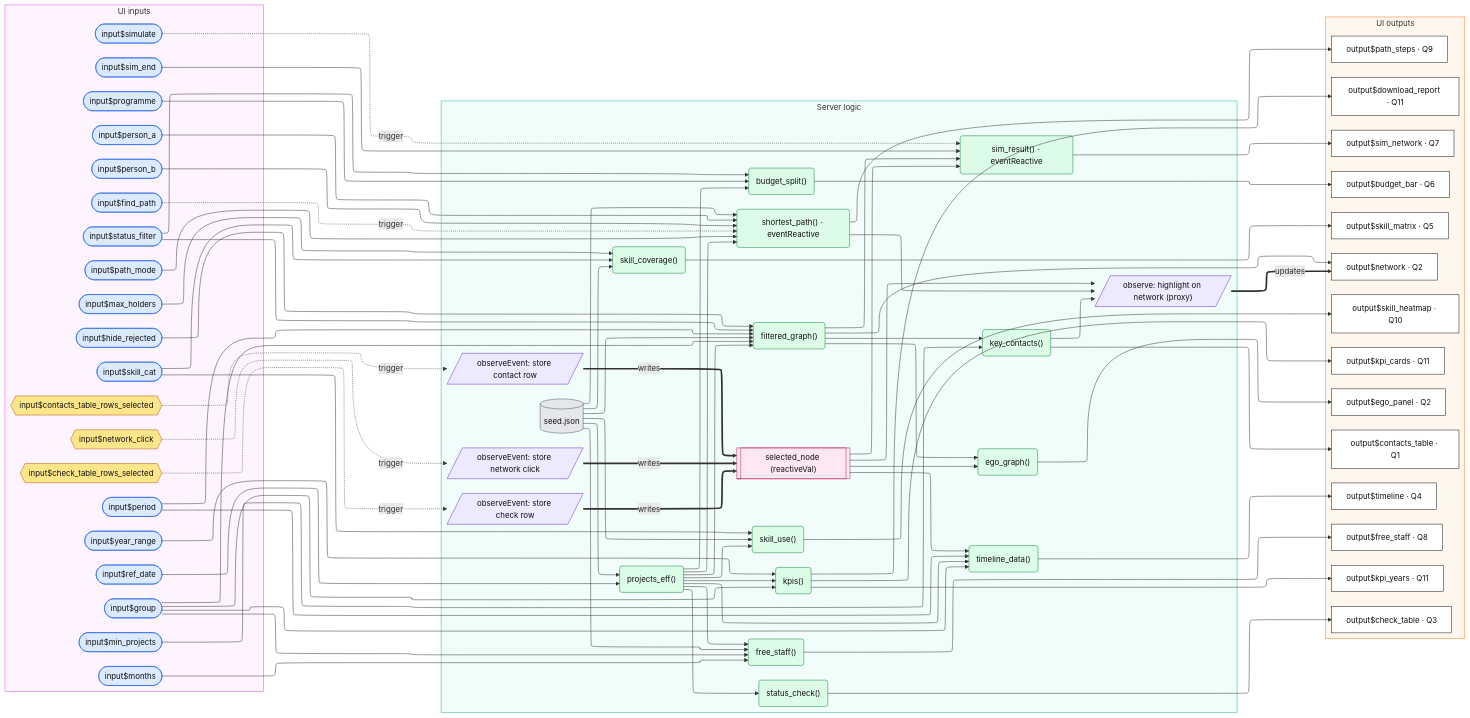
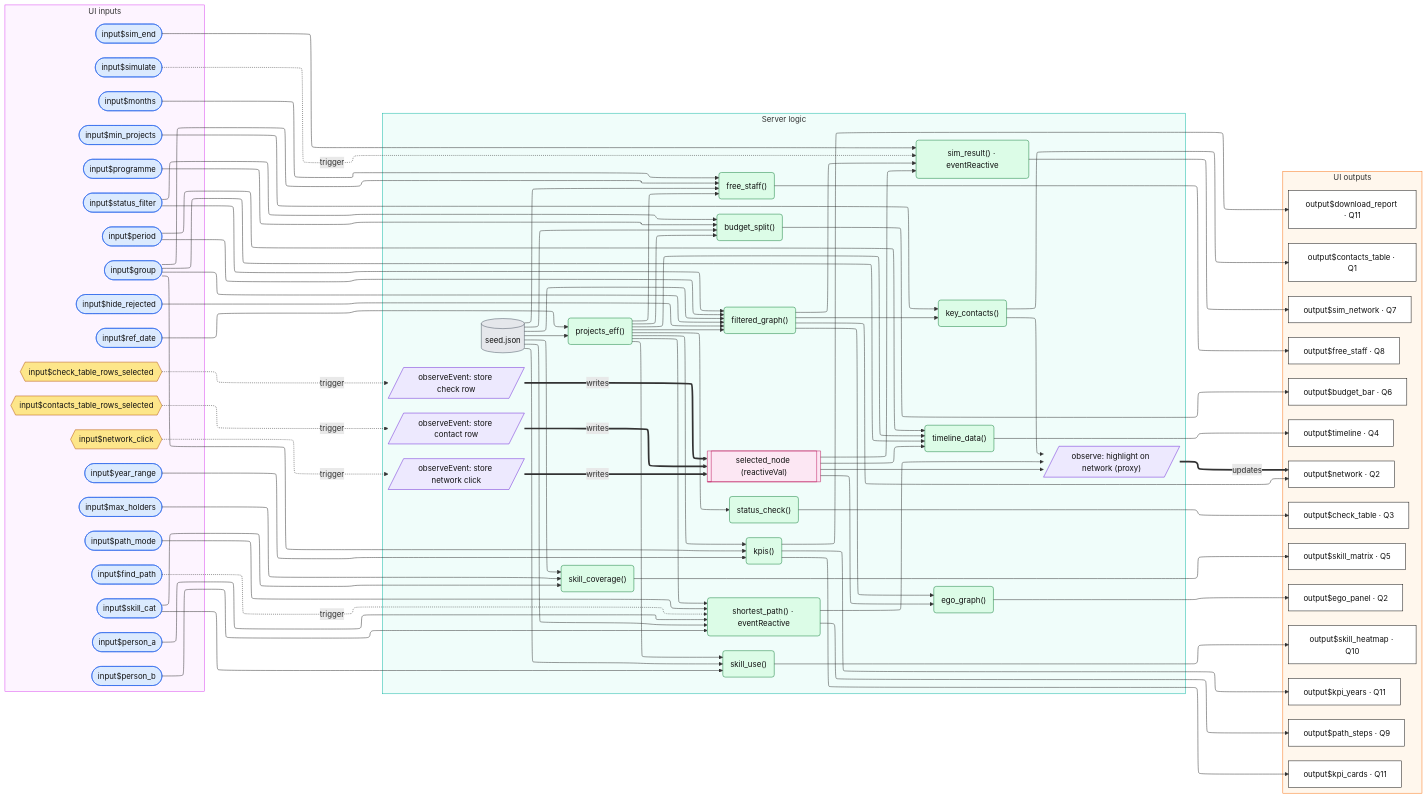
Before and after one commit to Patrick-Ngibuini/Organisational-dashboard-R3: the diagram in docs/app_diagram.mmd, drawn with Mermaid. The commit also changed 5 other files, not shown here.

Commit message:
Add budget split chart (Q6) and tabbed Projects layout

```diff
--- a/docs/app_diagram.mmd
+++ b/docs/app_diagram.mmd
@@ -1,177 +1,178 @@
 ---
 config:
   layout: elk
 ---
 flowchart LR
   subgraph UI_IN["UI inputs"]
     I_ref(["input$ref_date"])
     I_rej(["input$hide_rejected"])
     I_stat(["input$status_filter"])
     I_per(["input$period"])
     I_grp(["input$group"])
     I_minp(["input$min_projects"])
     I_cat(["input$skill_cat"])
     I_maxh(["input$max_holders"])
     I_prog(["input$programme"])
     I_send(["input$sim_end"])
     I_sim(["input$simulate"])
     I_mon(["input$months"])
     I_pa(["input$person_a"])
     I_pb(["input$person_b"])
     I_mode(["input$path_mode"])
     I_find(["input$find_path"])
     I_yr(["input$year_range"])
     E_net{{"input$network_click"}}
     E_ct{{"input$contacts_table_rows_selected"}}
     E_ck{{"input$check_table_rows_selected"}}
   end
 
   subgraph SERVER["Server logic"]
     D_seed[("seed.json")]
     R_eff("projects_eff()")
     R_fg("filtered_graph()")
     O_net[/"observeEvent: store network click"/]
     O_ct[/"observeEvent: store contact row"/]
     O_ck[/"observeEvent: store check row"/]
     S_sel[["selected_node (reactiveVal)"]]
     O_hl[/"observe: highlight on network (proxy)"/]
     R_kc("key_contacts()")
     R_ego("ego_graph()")
     R_chk("status_check()")
     R_tl("timeline_data()")
     R_sk("skill_coverage()")
     R_bud("budget_split()")
     R_sim("sim_result() · eventReactive")
     R_free("free_staff()")
     R_path("shortest_path() · eventReactive")
     R_use("skill_use()")
     R_kpi("kpis()")
   end
 
   subgraph UI_OUT["UI outputs"]
     P_net["output$network · Q2"]
     P_ego["output$ego_panel · Q2"]
     P_ct["output$contacts_table · Q1"]
     P_ck["output$check_table · Q3"]
     P_tl["output$timeline · Q4"]
     P_sk["output$skill_matrix · Q5"]
     P_bud["output$budget_bar · Q6"]
     P_sim["output$sim_network · Q7"]
     P_free["output$free_staff · Q8"]
     P_path["output$path_steps · Q9"]
     P_use["output$skill_heatmap · Q10"]
     P_kpi["output$kpi_cards · Q11"]
     P_yrs["output$kpi_years · Q11"]
     P_dl["output$download_report · Q11"]
   end
 
   %% shared backbone
   D_seed --> R_eff
   I_ref --> R_eff
   D_seed --> R_fg
   R_eff --> R_fg
   I_rej --> R_fg
   I_stat --> R_fg
   I_per --> R_fg
   I_grp --> R_fg
   R_fg --> P_net
 
   %% shared selection (events -> observers -> state)
   E_net -.->|trigger| O_net
   E_ct -.->|trigger| O_ct
   E_ck -.->|trigger| O_ck
   O_net ==>|writes| S_sel
   O_ct ==>|writes| S_sel
   O_ck ==>|writes| S_sel
   S_sel --> O_hl
   R_kc --> O_hl
   R_path --> O_hl
   O_hl ==>|updates| P_net
 
   %% Q1 key contacts
   R_fg --> R_kc
   I_minp --> R_kc
   R_kc --> P_ct
 
   %% Q2 company ego network
   R_fg --> R_ego
   S_sel --> R_ego
   R_ego --> P_ego
 
   %% Q3 status check
   R_eff --> R_chk
   R_chk --> P_ck
 
   %% Q4 timeline
   R_eff --> R_tl
   I_grp --> R_tl
   I_per --> R_tl
   S_sel --> R_tl
   R_tl --> P_tl
 
   %% Q5 rare skills
   D_seed --> R_sk
   I_cat --> R_sk
   I_maxh --> R_sk
   R_sk --> P_sk
 
   %% Q6 budget split
   R_eff --> R_bud
   I_prog --> R_bud
   I_stat --> R_bud
+  D_seed --> R_bud
   R_bud --> P_bud
 
   %% Q7 what-if: project ends
   I_sim -.->|trigger| R_sim
   R_fg --> R_sim
   S_sel --> R_sim
   I_send --> R_sim
   R_sim --> P_sim
 
   %% Q8 staff available
   D_seed --> R_free
   R_eff --> R_free
   I_grp --> R_free
   I_mon --> R_free
   R_free --> P_free
 
   %% Q9 shortest path
   I_find -.->|trigger| R_path
   D_seed --> R_path
   R_eff --> R_path
   I_pa --> R_path
   I_pb --> R_path
   I_mode --> R_path
   R_path --> P_path
 
   %% Q10 skills on running projects
   D_seed --> R_use
   R_eff --> R_use
   I_cat --> R_use
   R_use --> P_use
 
   %% Q11 KPIs + export
   R_eff --> R_kpi
   I_grp --> R_kpi
   I_yr --> R_kpi
   R_kpi --> P_kpi
   R_kpi --> P_yrs
   R_kpi --> P_dl
 
   classDef widget fill:#dbeafe,stroke:#2563eb,color:#111
   classDef event fill:#fde68a,stroke:#b45309,color:#111
   classDef data fill:#e5e7eb,stroke:#4b5563,color:#111
   classDef conductor fill:#dcfce7,stroke:#15803d,color:#111
   classDef observer fill:#ede9fe,stroke:#6d28d9,color:#111
   classDef state fill:#fce7f3,stroke:#be185d,color:#111
   classDef output fill:#ffffff,stroke:#111,color:#111
   class I_ref,I_rej,I_stat,I_per,I_grp,I_minp,I_cat,I_maxh,I_prog,I_send,I_sim,I_mon,I_pa,I_pb,I_mode,I_find,I_yr widget
   class E_net,E_ct,E_ck event
   class D_seed data
   class R_eff,R_fg,R_kc,R_ego,R_chk,R_tl,R_sk,R_bud,R_sim,R_free,R_path,R_use,R_kpi conductor
   class O_net,O_ct,O_ck,O_hl observer
   class S_sel state
   class P_net,P_ego,P_ct,P_ck,P_tl,P_sk,P_bud,P_sim,P_free,P_path,P_use,P_kpi,P_yrs,P_dl output
   style UI_IN fill:#fdf4ff,stroke:#d946ef
   style SERVER fill:#f0fdfa,stroke:#14b8a6
   style UI_OUT fill:#fff7ed,stroke:#f97316
```
